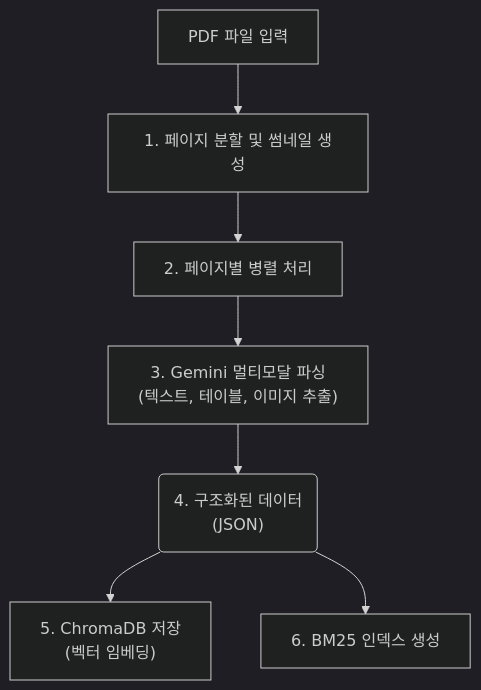
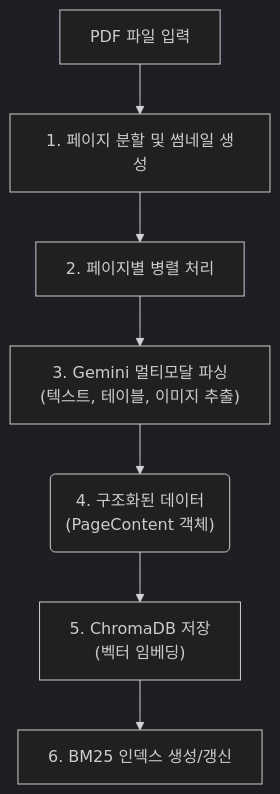
The first of 2 diagrams in README.md (Bonggoo/Multimodal_RAG), drawn with Mermaid (dark theme) before and after one commit. The commit also changed other lines of this file, not shown here.

````diff
--- a/README.md
+++ b/README.md
@@ -19,12 +19,12 @@
 ```mermaid
 graph TD
     A["PDF 파일 입력"] --> B["1. 페이지 분할 및 썸네일 생성"]
     B --> C["2. 페이지별 병렬 처리"]
     C --> D["3. Gemini 멀티모달 파싱
 (텍스트, 테이블, 이미지 추출)"]
     D --> E("4. 구조화된 데이터
-(JSON)")
+(PageContent 객체)")
     E --> F["5. ChromaDB 저장
 (벡터 임베딩)"]
-    E --> G["6. BM25 인덱스 생성"]
+    F --> G["6. BM25 인덱스 생성/갱신"]
 ```
````
